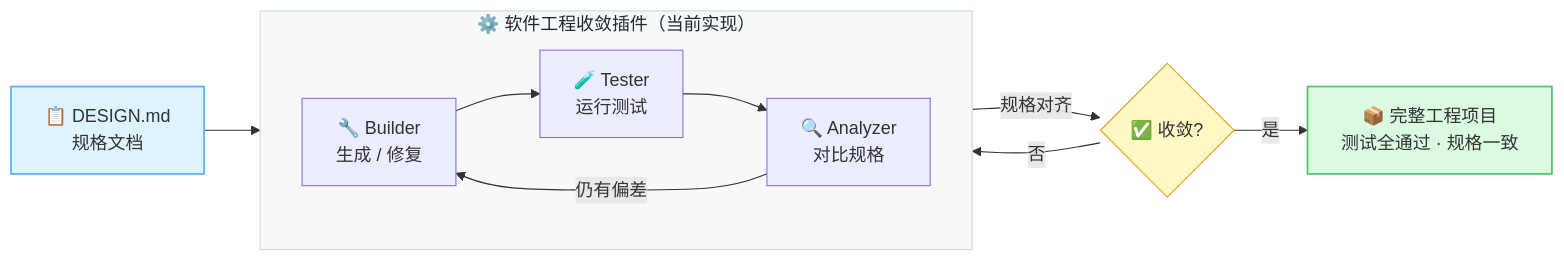
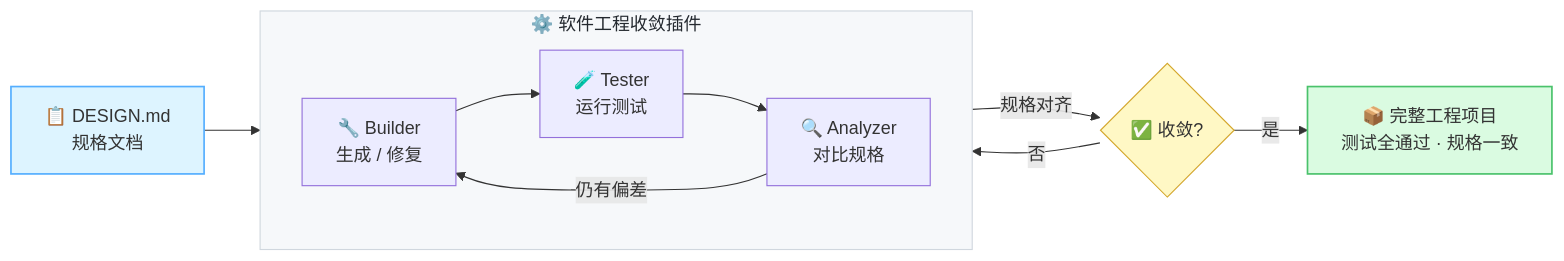
Before and after one commit to georgewangchn/MoDou: the second of 2 diagrams in README.md, drawn with Mermaid. The commit also changed other lines of this file and 3 other files, not shown here.

````diff
--- a/README.md
+++ b/README.md
@@ -89,19 +113,19 @@
 ```mermaid
 flowchart LR
     D["📋 DESIGN.md<br/>规格文档"] --> RT
 
-    subgraph RT["⚙️ 软件工程收敛插件（当前实现）"]
+    subgraph RT["⚙️ 软件工程收敛插件"]
         direction LR
         B["🔧 Builder<br/>生成 / 修复"] --> T["🧪 Tester<br/>运行测试"] --> A["🔍 Analyzer<br/>对比规格"]
         A -->|仍有偏差| B
     end
 
     A -->|规格对齐| C{"✅ 收敛?"}
     C -->|否| B
     C -->|是| O["📦 完整工程项目<br/>测试全通过 · 规格一致"]
 
     style D fill:#ddf4ff,stroke:#54aeff,stroke-width:1.5px
     style O fill:#dafbe1,stroke:#4ac26b,stroke-width:1.5px
     style C fill:#fff8c5,stroke:#d4a72c
     style RT fill:#f6f8fa,stroke:#d0d7de,stroke-width:1px,color:#24292f
 ```
````
